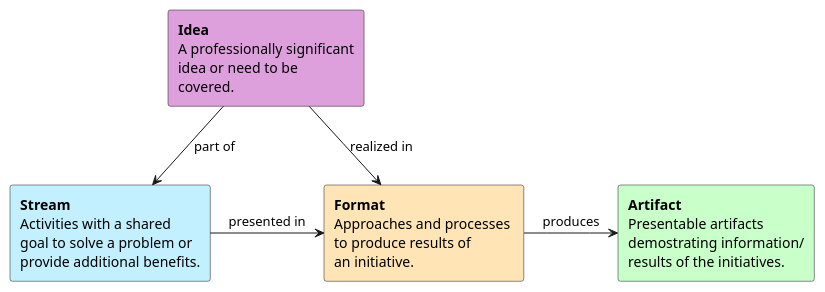
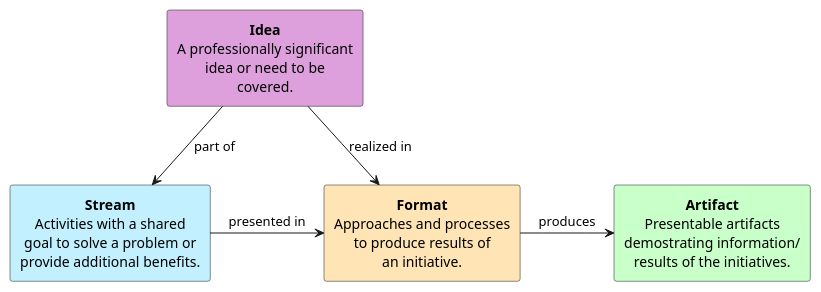
The diagram in docs/uml/value_stream.puml (Idea-Pool/topics), drawn with PlantUML before and after one commit. The commit also changed 1 other file, not shown here.

```diff
--- a/docs/uml/value_stream.puml
+++ b/docs/uml/value_stream.puml
@@ -1,31 +1,33 @@
 @startuml Idea Pool Value Stream
+skinparam defaultTextAlignment center
+
 rectangle idea #Plum [
-  **Idea**
-  A professionally significant
-  idea or need to be 
-  covered.
+**Idea**
+A professionally significant
+idea or need to be
+covered.
 ]
 rectangle stream #APPLICATION [
-  **Stream**
-  Activities with a shared
-  goal to solve a problem or
-  provide additional benefits.
+**Stream**
+Activities with a shared
+goal to solve a problem or
+provide additional benefits.
 ]
 rectangle format #Moccasin [
-  **Format**
-  Approaches and processes 
-  to produce results of 
-  an initiative.
+**Format**
+Approaches and processes
+to produce results of
+an initiative.
 ]
 rectangle artifact #TECHNOLOGY [
-  **Artifact**
-  Presentable artifacts 
-  demostrating information/
-  results of the initiatives.
+**Artifact**
+Presentable artifacts
+demostrating information/
+results of the initiatives.
 ]
 
 idea -down-> format : realized in
 stream -right-> format : presented in
 format -right-> artifact : produces
 idea -down-> stream : part of
 @enduml
```
